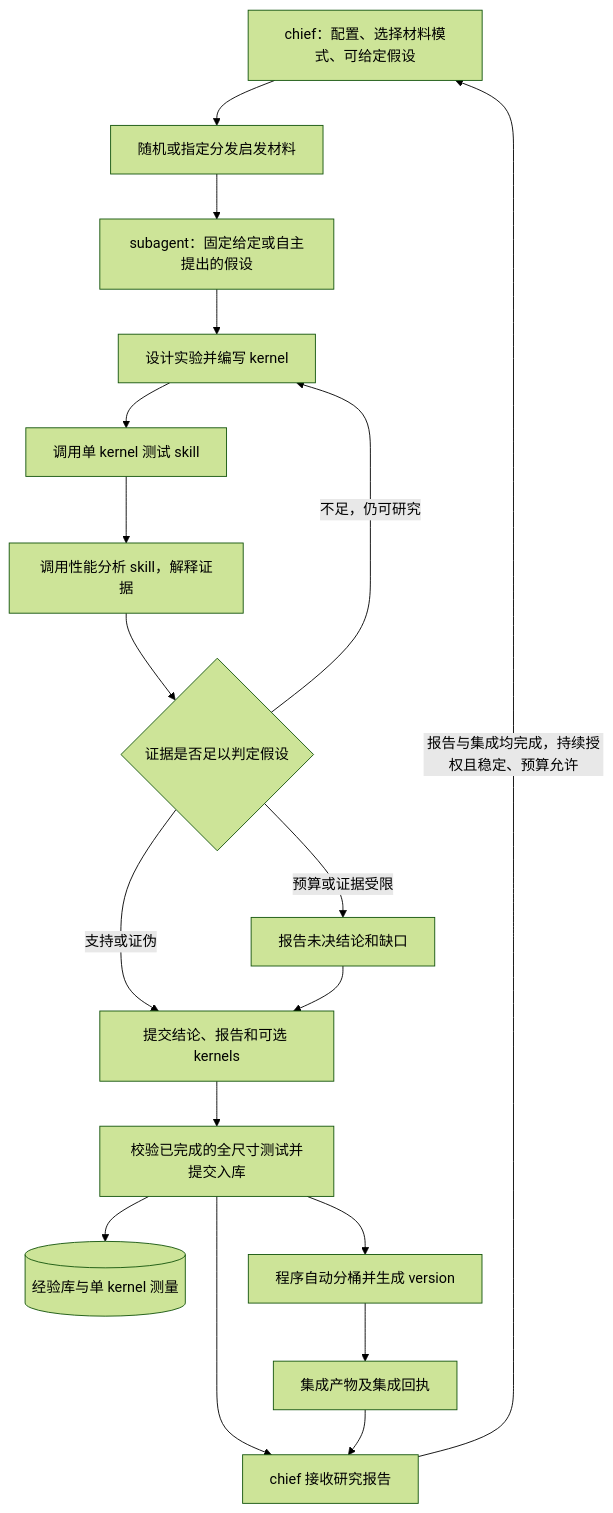
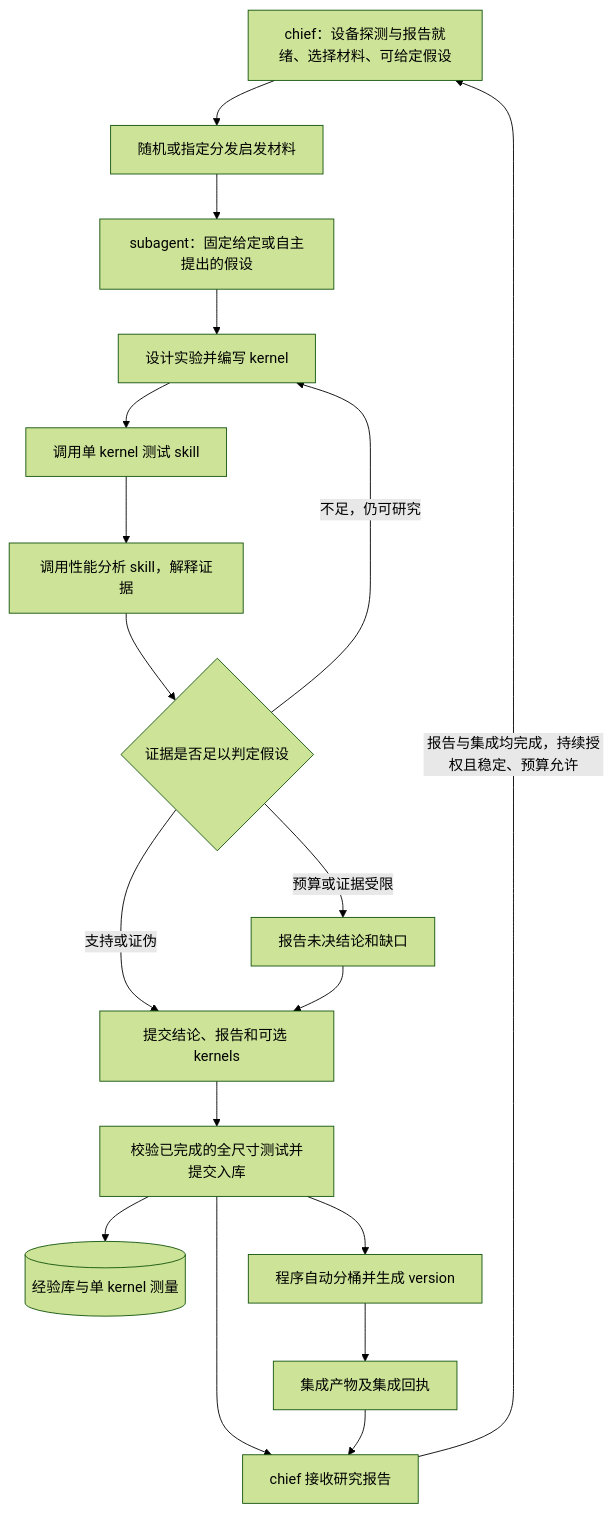
The diagram in docs/plans/2026-09-23-meteor-deepseek-harness-plan.md (KDZZZZZZ/meteor), drawn with Mermaid (forest theme) before and after one commit. The commit also changed other lines of this file and 58 other files, not shown here.

````diff
--- a/docs/plans/2026-09-23-meteor-deepseek-harness-plan.md
+++ b/docs/plans/2026-09-23-meteor-deepseek-harness-plan.md
@@ -30,20 +32,20 @@
 ```mermaid
 flowchart TD
-    C[chief：配置、选择材料模式、可给定假设] --> S[随机或指定分发启发材料]
+    C[chief：设备探测与报告就绪、选择材料、可给定假设] --> S[随机或指定分发启发材料]
     S --> H[subagent：固定给定或自主提出的假设]
     H --> D[设计实验并编写 kernel]
     D --> T[调用单 kernel 测试 skill]
     T --> A[调用性能分析 skill，解释证据]
     A --> Q{证据是否足以判定假设}
     Q -->|不足，仍可研究| D
     Q -->|支持或证伪| R[提交结论、报告和可选 kernels]
     Q -->|预算或证据受限| U[报告未决结论和缺口]
     U --> R
     R --> G[校验已完成的全尺寸测试并提交入库]
     G --> K[(经验库与单 kernel 测量)]
     G --> C2[chief 接收研究报告]
     G --> I[程序自动分桶并生成 version]
     I --> V[集成产物及集成回执]
     V --> C2
     C2 -->|报告与集成均完成，持续授权且稳定、预算允许| C
 ```
````
